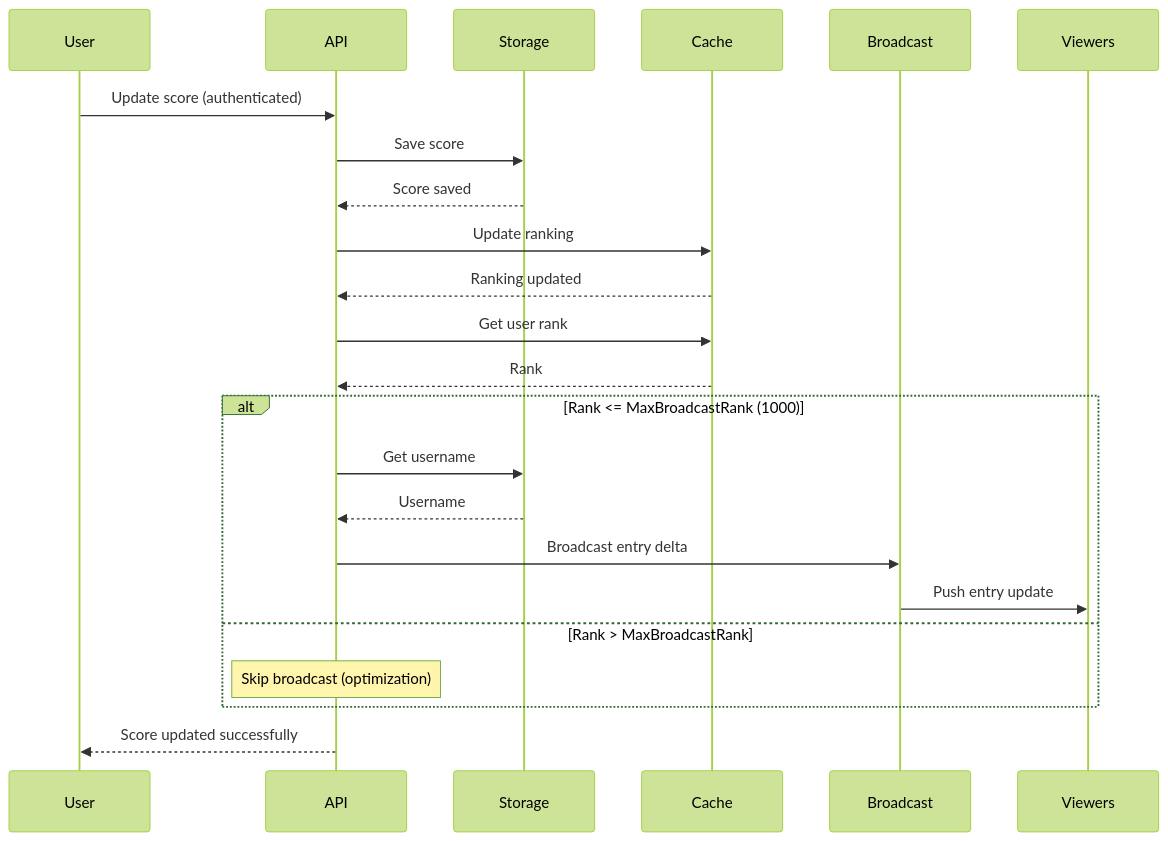
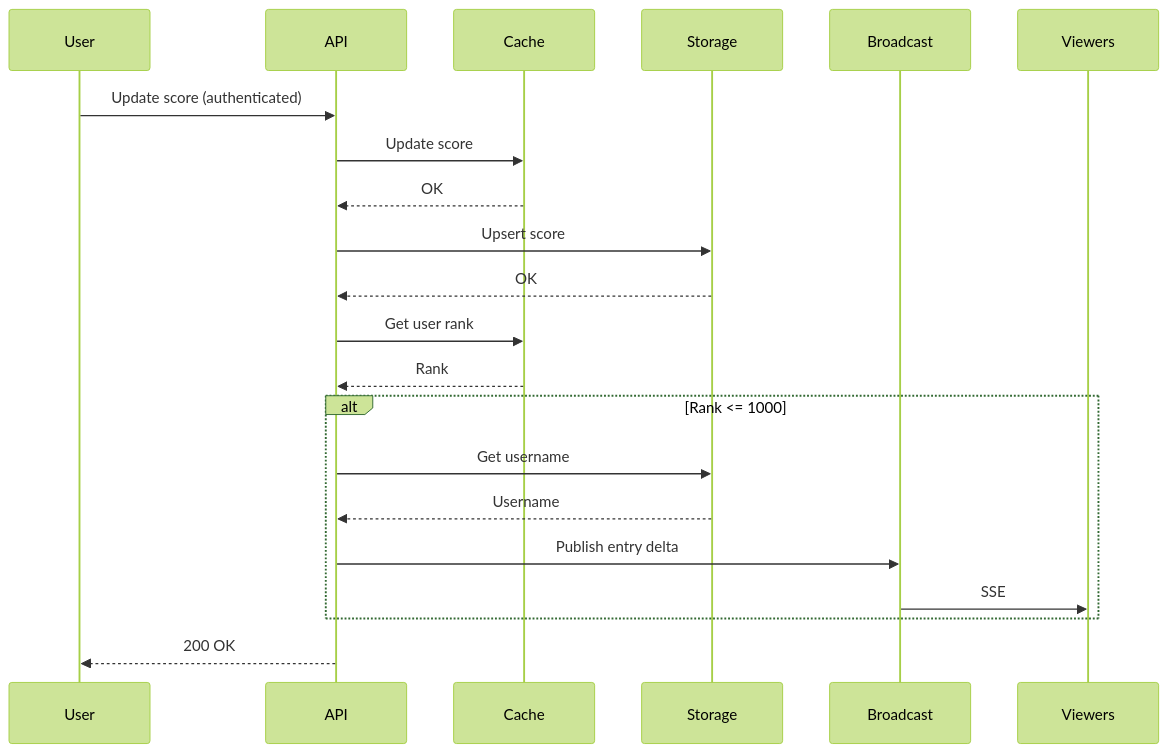
One commit to nhatnam1507/real-time-leaderboard changed the third of 4 diagrams in docs/modules.md. Above: the diagram before and after it, drawn with Mermaid (forest theme). The commit also changed other lines of this file and 9 other files, not shown here.

````diff
--- a/docs/modules.md
+++ b/docs/modules.md
@@ -132,28 +131,24 @@
 ```mermaid
 sequenceDiagram
     participant User
     participant API
+    participant Cache
     participant Storage
-    participant Cache
     participant Broadcast
     participant Viewers
     
     User->>API: Update score (authenticated)
-    API->>Storage: Save score
-    Storage-->>API: Score saved
-    API->>Cache: Update ranking
-    Cache-->>API: Ranking updated
+    API->>Cache: Update score
+    Cache-->>API: OK
+    API->>Storage: Upsert score
+    Storage-->>API: OK
     API->>Cache: Get user rank
     Cache-->>API: Rank
-    
-    alt Rank <= MaxBroadcastRank (1000)
+    alt Rank <= 1000
         API->>Storage: Get username
         Storage-->>API: Username
-        API->>Broadcast: Broadcast entry delta
-        Broadcast->>Viewers: Push entry update
-    else Rank > MaxBroadcastRank
-        Note over API: Skip broadcast (optimization)
+        API->>Broadcast: Publish entry delta
+        Broadcast->>Viewers: SSE
     end
-    
-    API-->>User: Score updated successfully
+    API-->>User: 200 OK
 ```
````
